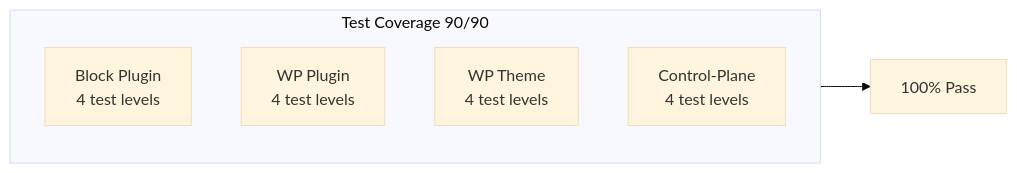
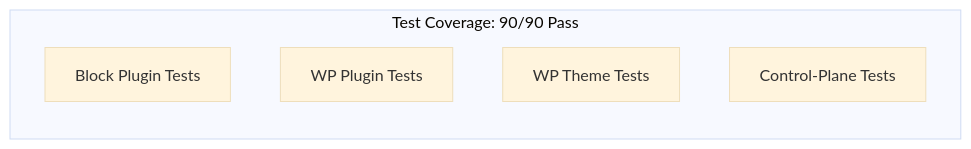
The first of 2 diagrams in .github/projects/active/linting-agent-2026-08-12/KICKOFF_PHASE4.md (lightspeedwp/.github), drawn with Mermaid before and after one commit. The commit also changed other lines of this file, not shown here.

Commit message:
fix: Remove all br tags from Mermaid diagrams and use dash separators for accessibility

````diff
--- a/.github/projects/active/linting-agent-2026-08-12/KICKOFF_PHASE4.md
+++ b/.github/projects/active/linting-agent-2026-08-12/KICKOFF_PHASE4.md
@@ -214,12 +214,10 @@
 ```mermaid
 %%{init: {'theme': 'base'}}%%
 graph LR
-    subgraph tests ["Test Coverage 90/90"]
-        direction TB
-        B["Block Plugin<br/>4 test levels"]
-        W["WP Plugin<br/>4 test levels"]
-        T["WP Theme<br/>4 test levels"]
-        C["Control-Plane<br/>4 test levels"]
+    subgraph tests ["Test Coverage: 90/90 Pass"]
+        B["Block Plugin Tests"]
+        W["WP Plugin Tests"]
+        T["WP Theme Tests"]
+        C["Control-Plane Tests"]
     end
-    tests --> P["100% Pass"]
 ```
````
